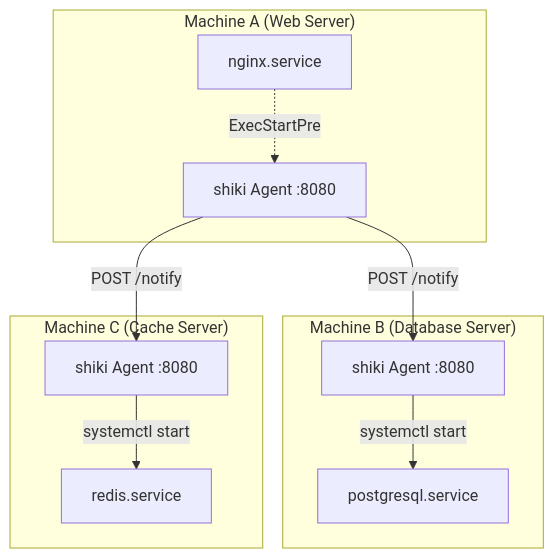
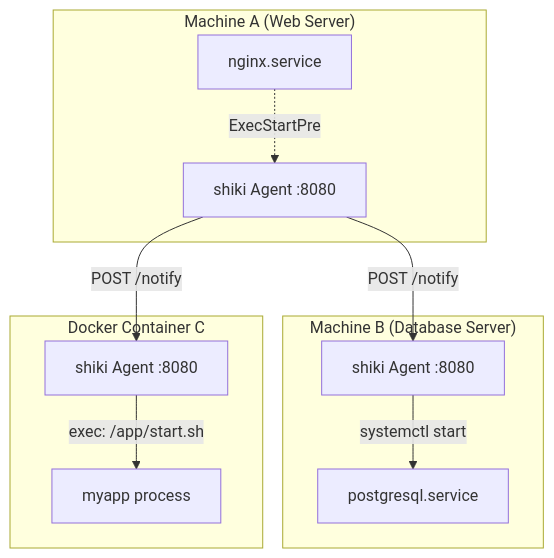
The first of 4 diagrams in docs/DESIGN.md (pirakansa/shiki), drawn with Mermaid before and after one commit. The commit also changed other lines of this file and 5 other files, not shown here.

````diff
--- a/docs/DESIGN.md
+++ b/docs/DESIGN.md
@@ -42,24 +46,24 @@
 ```mermaid
 graph TB
     subgraph "Machine A (Web Server)"
         UA[nginx.service]
         AA[shiki Agent :8080]
     end
     
     subgraph "Machine B (Database Server)"
         UB[postgresql.service]
         AB[shiki Agent :8080]
     end
     
-    subgraph "Machine C (Cache Server)"
-        UC[redis.service]
+    subgraph "Docker Container C"
+        UC[myapp process]
         AC[shiki Agent :8080]
     end
     
     AA -->|"POST /notify"| AB
     AA -->|"POST /notify"| AC
     AB -->|"systemctl start"| UB
-    AC -->|"systemctl start"| UC
+    AC -->|"exec: /app/start.sh"| UC
     
     UA -.->|"ExecStartPre"| AA
 ```
````
